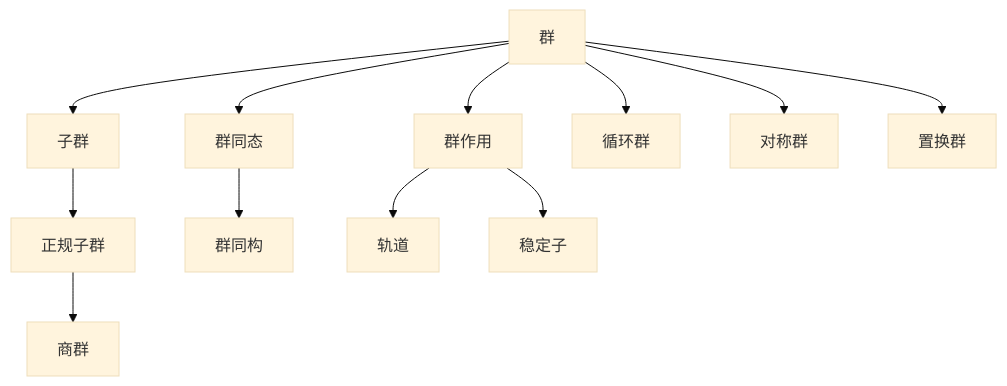
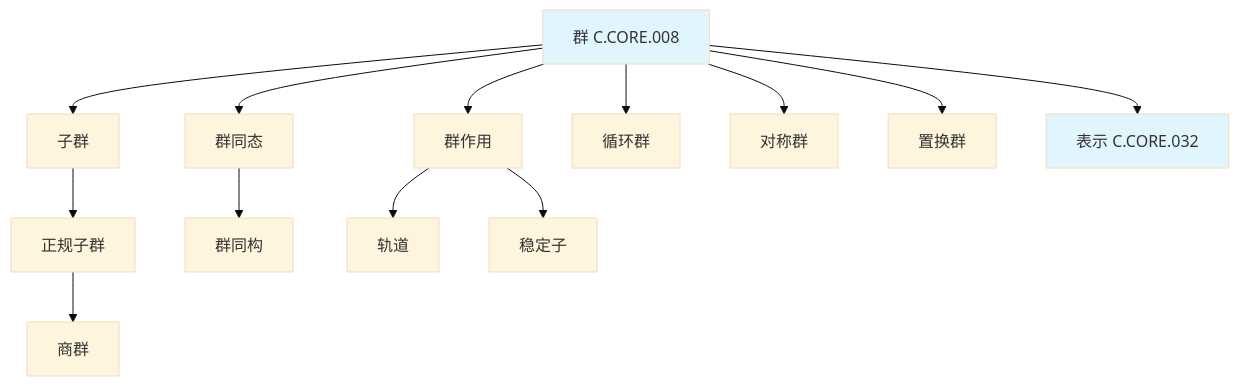
Before and after one commit to AdaMartin18010/FormalMath: the fourth of 22 diagrams in concept/05-知识关联网络/01-概念级关联网络.md, drawn with Mermaid (base theme). The commit also changed other lines of this file and 45 other files, not shown here.

````diff
--- a/concept/05-知识关联网络/01-概念级关联网络.md
+++ b/concept/05-知识关联网络/01-概念级关联网络.md
@@ -142,14 +172,18 @@
 ```mermaid
 graph TD
-    A[群] --> B[子群]
+    A[群 C.CORE.008] --> B[子群]
     A --> C[群同态]
     B --> D[正规子群]
     D --> E[商群]
     C --> F[群同构]
     A --> G[群作用]
     G --> H[轨道]
     G --> I[稳定子]
     A --> J[循环群]
     A --> K[对称群]
     A --> L[置换群]
+    A --> M[表示 C.CORE.032]
+
+    style A fill:#e1f5ff
+    style M fill:#e1f5ff
 ```
````
